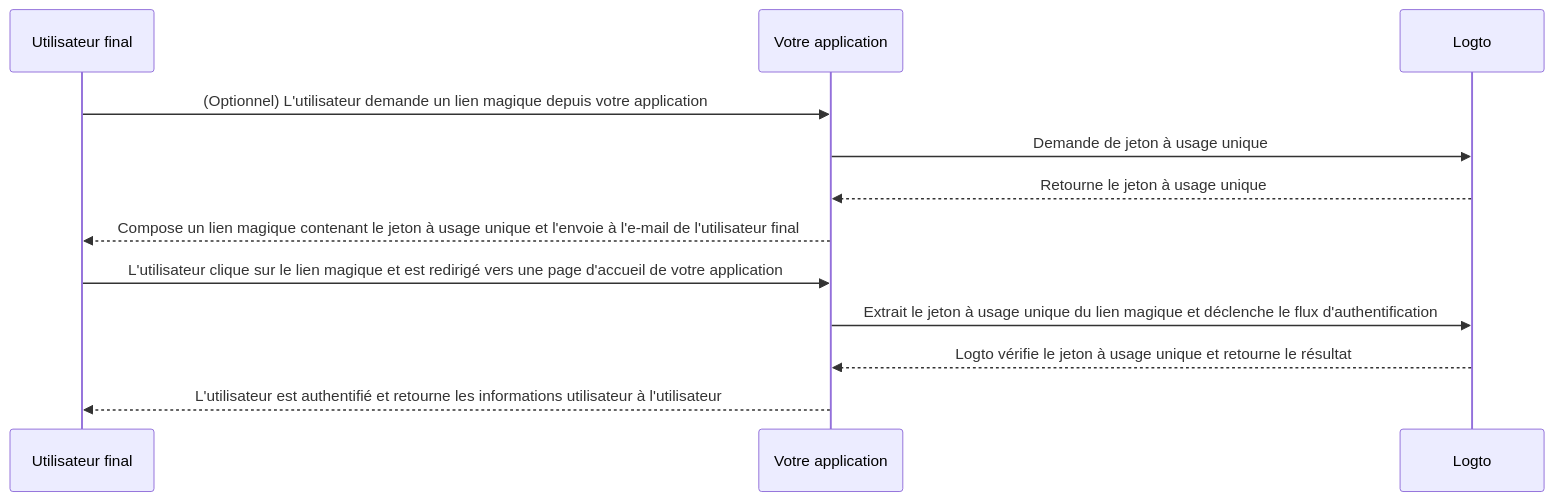
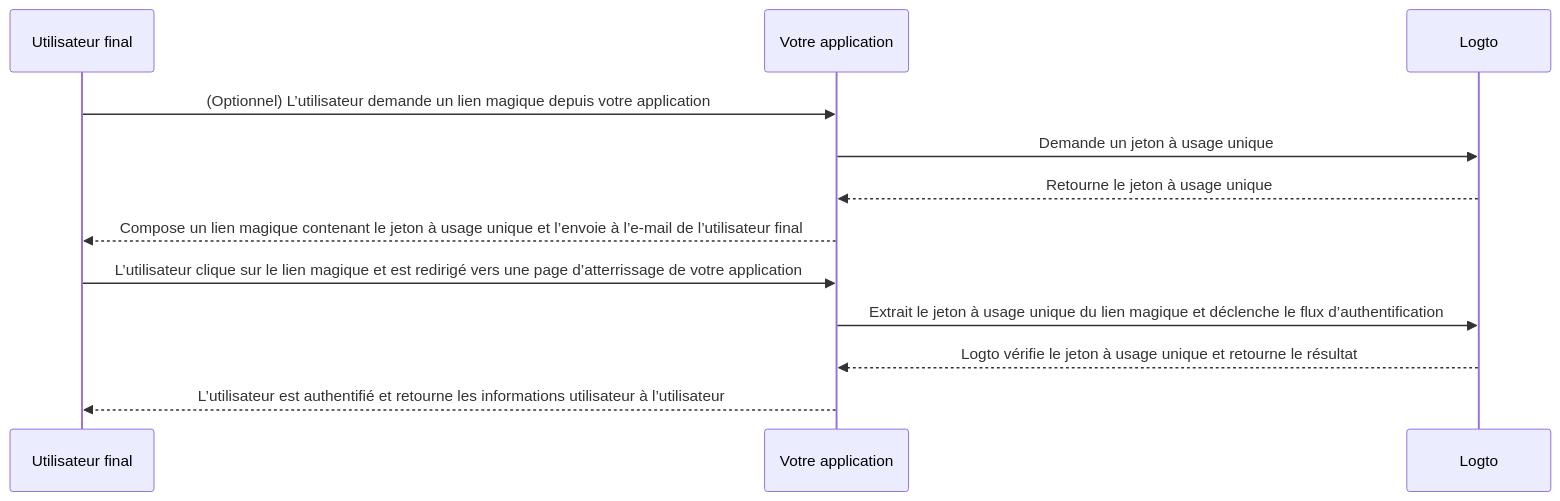
The diagram in i18n/fr/docusaurus-plugin-content-docs/current/end-user-flows/one-time-token.mdx (logto-io/docs), drawn with Mermaid before and after one commit. The commit also changed other lines of this file and 233 other files, not shown here.

````diff
--- a/i18n/fr/docusaurus-plugin-content-docs/current/end-user-flows/one-time-token.mdx
+++ b/i18n/fr/docusaurus-plugin-content-docs/current/end-user-flows/one-time-token.mdx
@@ -21,15 +24,15 @@
 ```mermaid
 sequenceDiagram
   participant U as Utilisateur final
   participant C as Votre application
   participant L as Logto
 
-  U ->> C: (Optionnel) L'utilisateur demande un lien magique depuis votre application
-  C ->> L: Demande de jeton à usage unique
+  U ->> C: (Optionnel) L’utilisateur demande un lien magique depuis votre application
+  C ->> L: Demande un jeton à usage unique
   L -->> C: Retourne le jeton à usage unique
-  C -->> U: Compose un lien magique contenant le jeton à usage unique et l'envoie à l'e-mail de l'utilisateur final
-  U ->> C: L'utilisateur clique sur le lien magique et est redirigé vers une page d'accueil de votre application
-  C ->> L: Extrait le jeton à usage unique du lien magique et déclenche le flux d'authentification
+  C -->> U: Compose un lien magique contenant le jeton à usage unique et l’envoie à l’e-mail de l’utilisateur final
+  U ->> C: L’utilisateur clique sur le lien magique et est redirigé vers une page d’atterrissage de votre application
+  C ->> L: Extrait le jeton à usage unique du lien magique et déclenche le flux d’authentification
   L -->> C: Logto vérifie le jeton à usage unique et retourne le résultat
-  C -->> U: L'utilisateur est authentifié et retourne les informations utilisateur à l'utilisateur
+  C -->> U: L’utilisateur est authentifié et retourne les informations utilisateur à l’utilisateur
 ```
````
